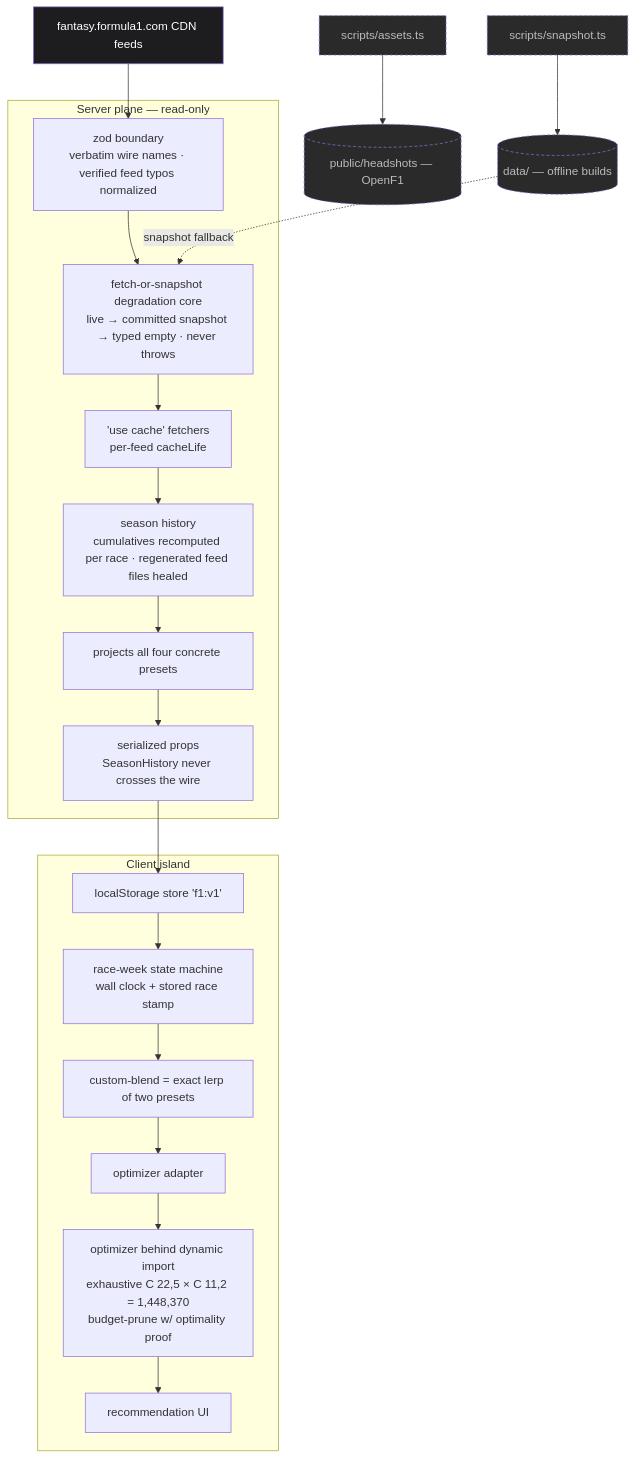
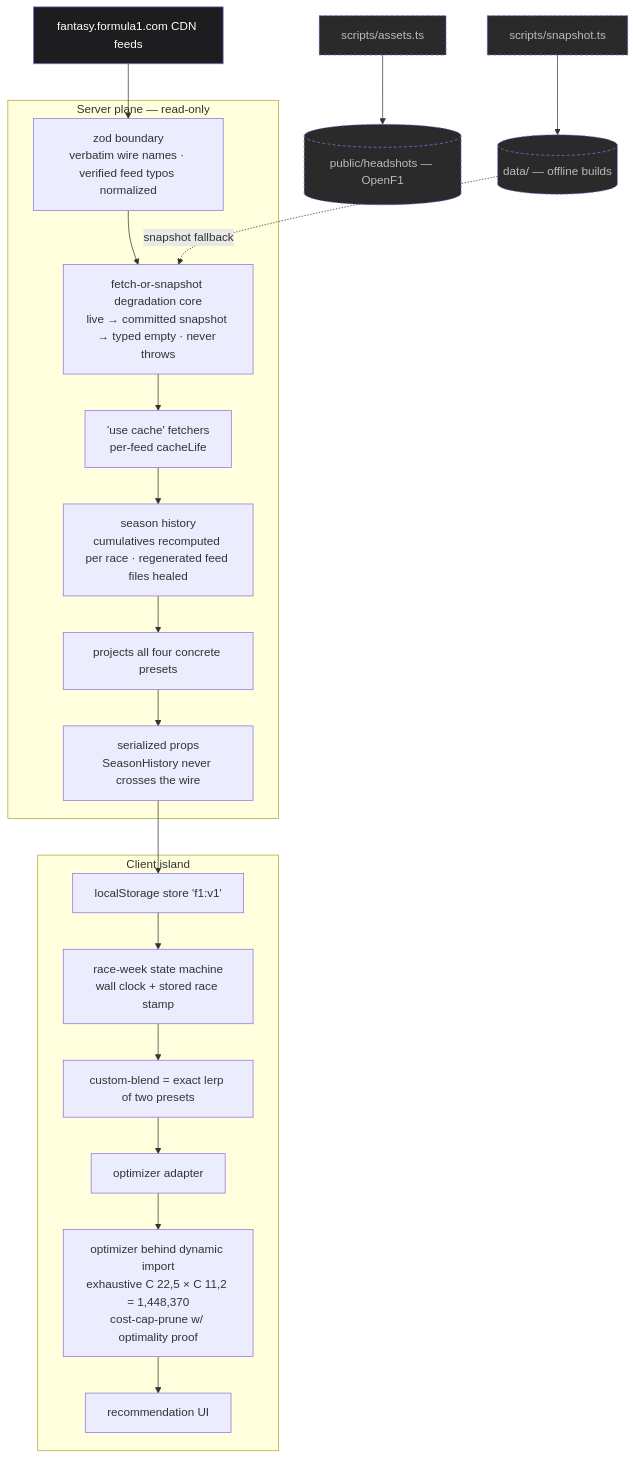
Before and after one commit to jarkovsky/f1-fantasy-advisor: the diagram in README.md, drawn with Mermaid. The commit also changed other lines of this file and 76 other files, not shown here.

````diff
--- a/README.md
+++ b/README.md
@@ -24,33 +24,33 @@
 ```mermaid
 flowchart TD
   CDN[fantasy.formula1.com CDN feeds]:::ext --> ZOD
 
   subgraph server[Server plane — read-only]
     ZOD[zod boundary<br/>verbatim wire names · verified feed typos normalized]
     DEG[fetch-or-snapshot degradation core<br/>live → committed snapshot → typed empty · never throws]
     CACHE['use cache' fetchers<br/>per-feed cacheLife]
     HIST[season history<br/>cumulatives recomputed per race · regenerated feed files healed]
     PROJ[projects all four concrete presets]
     PROPS[serialized props<br/>SeasonHistory never crosses the wire]
     ZOD --> DEG --> CACHE --> HIST --> PROJ --> PROPS
   end
 
   subgraph client[Client island]
     STORE[localStorage store 'f1:v1']
     SM[race-week state machine<br/>wall clock + stored race stamp]
     BLEND[custom-blend = exact lerp of two presets]
     ADAPT[optimizer adapter]
-    OPT[optimizer behind dynamic import<br/>exhaustive C 22,5 × C 11,2 = 1,448,370<br/>budget-prune w/ optimality proof]
+    OPT[optimizer behind dynamic import<br/>exhaustive C 22,5 × C 11,2 = 1,448,370<br/>cost-cap-prune w/ optimality proof]
     UI[recommendation UI]
     STORE --> SM --> BLEND --> ADAPT --> OPT --> UI
   end
 
   PROPS --> STORE
 
   SNAP[scripts/snapshot.ts]:::side --> DATA[(data/ — offline builds)]:::side
   ASSET[scripts/assets.ts]:::side --> HEAD[(public/headshots — OpenF1)]:::side
   DATA -.snapshot fallback.-> DEG
 
   classDef ext fill:#1d1d1f,color:#fff;
   classDef side fill:#2a2a2a,color:#bbb,stroke-dasharray:4 3;
 ```
````
